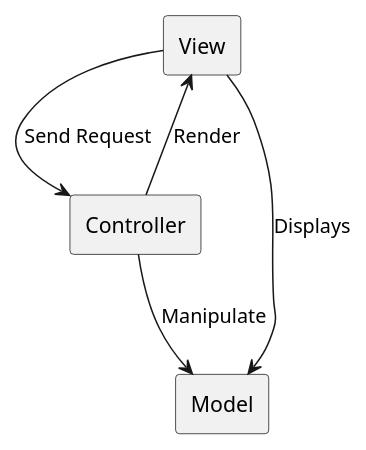
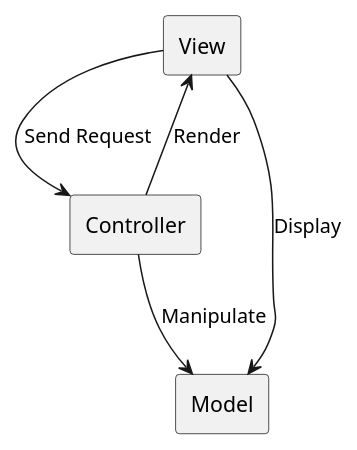
One commit to ByeByeExcel/SpreadsheetExplorer changed the diagram in diagrams/plantuml/architecture/MVC_architecture.puml. Above: the diagram before and after it, drawn with PlantUML. The commit also changed 16 other files, not shown here.

Commit message:
* replaced [] with <> in diagrams * made public properties private where possible

```diff
--- a/diagrams/plantuml/architecture/MVC_architecture.puml
+++ b/diagrams/plantuml/architecture/MVC_architecture.puml
@@ -1,13 +1,13 @@
 @startuml
 skinparam defaultTextAlignment center
 
 top to bottom direction
 rectangle View
 rectangle Controller
 rectangle Model
 
 Controller --> View : Render
 View --> Controller : Send Request
-View --> Model : Displays
+View --> Model : Display
 Controller --> Model : Manipulate
 @enduml
```
